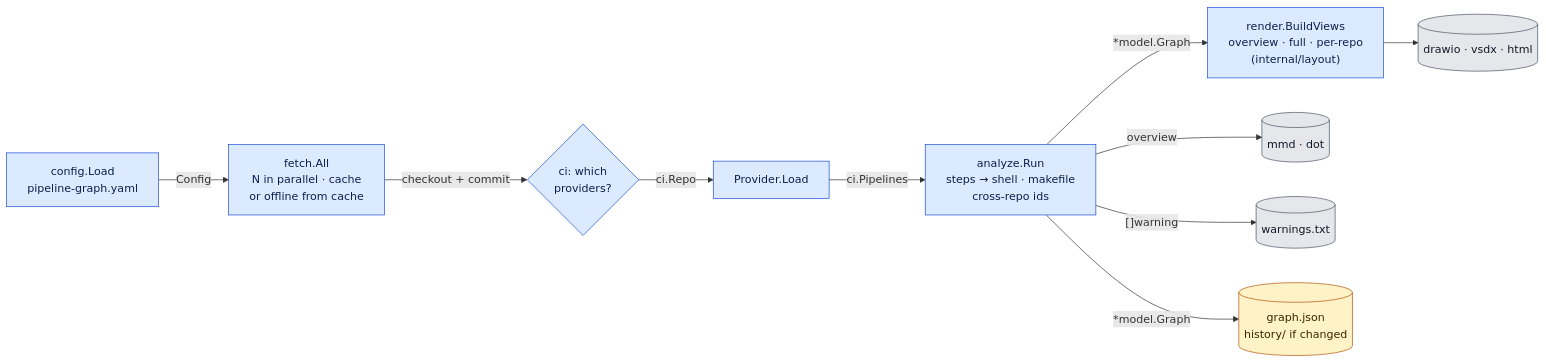
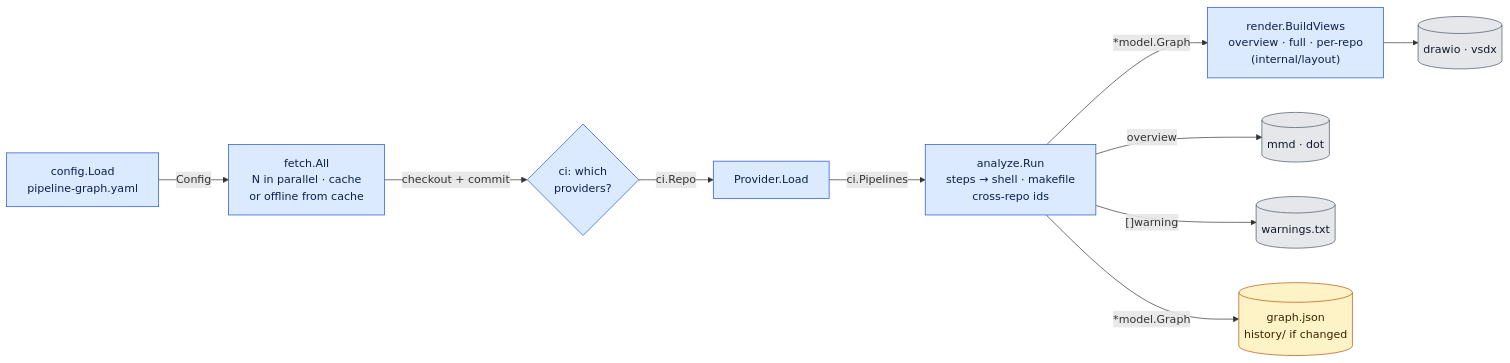
Before and after one commit to Avicted/tools.pipeline-graph: the second of 4 diagrams in docs/architecture/cli.md, drawn with Mermaid. The commit also changed 10 other files, not shown here.

````diff
--- a/docs/architecture/cli.md
+++ b/docs/architecture/cli.md
@@ -61,20 +61,20 @@
 ```mermaid
 %% view: one-run
 flowchart LR
     cfg["config.Load<br/>pipeline-graph.yaml"] -- "Config" --> fetch["fetch.All<br/>N in parallel · cache<br/>or offline from cache"]
     fetch -- "checkout + commit" --> sel{"ci: which<br/>providers?"}
     sel -- "ci.Repo" --> load["Provider.Load"]
     load -- "ci.Pipelines" --> an["analyze.Run<br/>steps → shell · makefile<br/>cross-repo ids"]
     an -- "*model.Graph" --> views["render.BuildViews<br/>overview · full · per-repo<br/>(internal/layout)"]
     an -- "overview" --> text[("mmd · dot")]
     an -- "[]warning" --> warn[("warnings.txt")]
     an -- "*model.Graph" --> json[("graph.json<br/>history/ if changed")]
-    views --> files[("drawio · vsdx · html")]
+    views --> files[("drawio · vsdx")]
 
     classDef go fill:#dbeafe,stroke:#1d4ed8,color:#0b1f4d
     classDef data fill:#fef3c7,stroke:#b45309,color:#3a2402
     classDef output fill:#e5e7eb,stroke:#4b5563,color:#111827
     class cfg,fetch,sel,load,an,views go
     class json data
     class warn,files,text output
 ```
````
